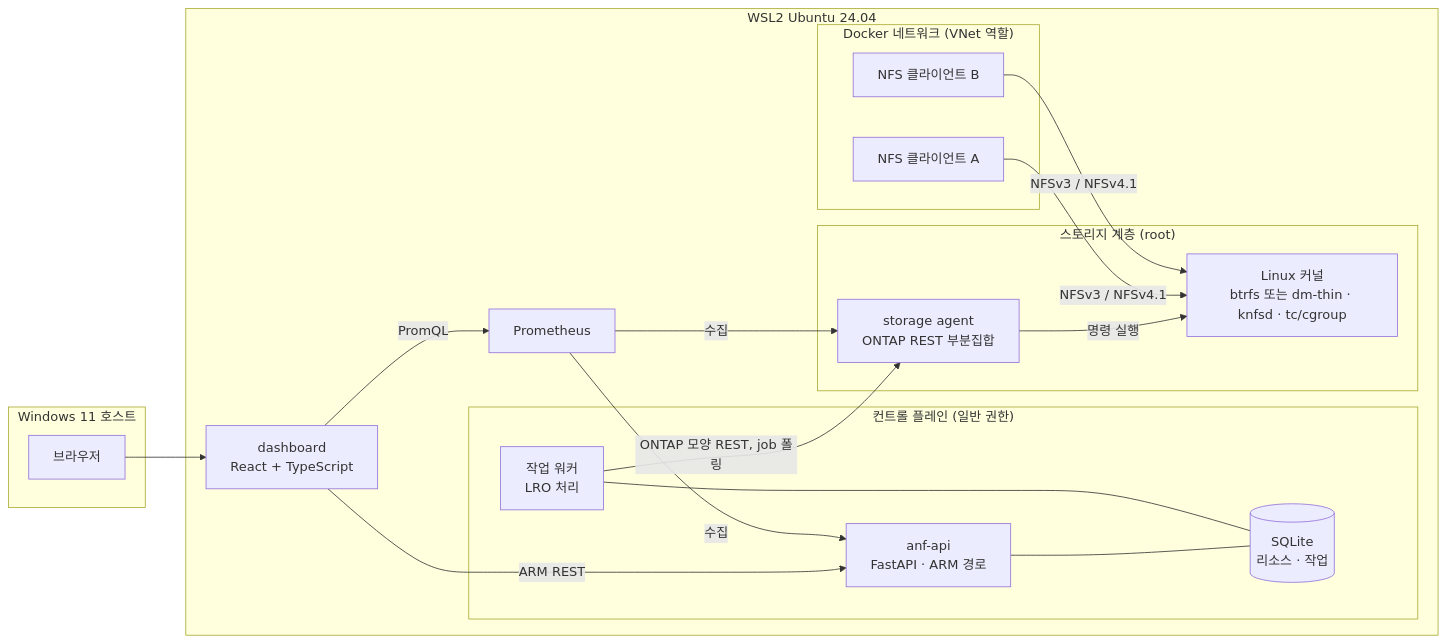
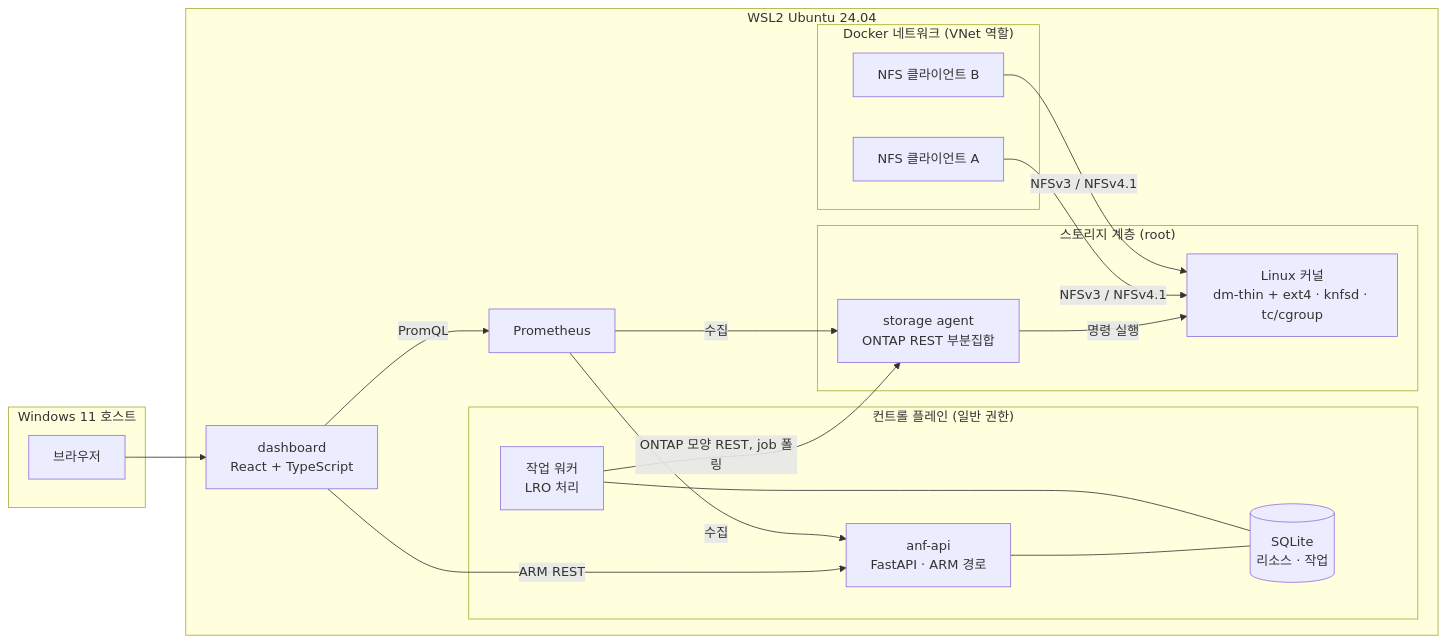
Before and after one commit to goldenbit1999/anf-clone: the first of 3 diagrams in docs/ADR.md, drawn with Mermaid. The commit also changed other lines of this file and 58 other files, not shown here.

````diff
--- a/docs/ADR.md
+++ b/docs/ADR.md
@@ -26,34 +26,34 @@
 ```mermaid
 flowchart LR
   subgraph HOST["Windows 11 호스트"]
     BR["브라우저"]
   end
   subgraph WSL["WSL2 Ubuntu 24.04"]
     subgraph CP["컨트롤 플레인 (일반 권한)"]
       API["anf-api<br/>FastAPI · ARM 경로"]
       WK["작업 워커<br/>LRO 처리"]
       DB[("SQLite<br/>리소스 · 작업")]
     end
     subgraph SP["스토리지 계층 (root)"]
       AG["storage agent<br/>ONTAP REST 부분집합"]
-      K["Linux 커널<br/>btrfs 또는 dm-thin · knfsd · tc/cgroup"]
+      K["Linux 커널<br/>dm-thin + ext4 · knfsd · tc/cgroup"]
     end
     UI["dashboard<br/>React + TypeScript"]
     PR["Prometheus"]
     subgraph NET["Docker 네트워크 (VNet 역할)"]
       C1["NFS 클라이언트 A"]
       C2["NFS 클라이언트 B"]
     end
   end
   BR --> UI
   UI -->|ARM REST| API
   UI -->|PromQL| PR
   API --- DB
   WK --- DB
   WK -->|ONTAP 모양 REST, job 폴링| AG
   AG -->|명령 실행| K
   C1 -->|NFSv3 / NFSv4.1| K
   C2 -->|NFSv3 / NFSv4.1| K
   PR -->|수집| API
   PR -->|수집| AG
 ```
````
